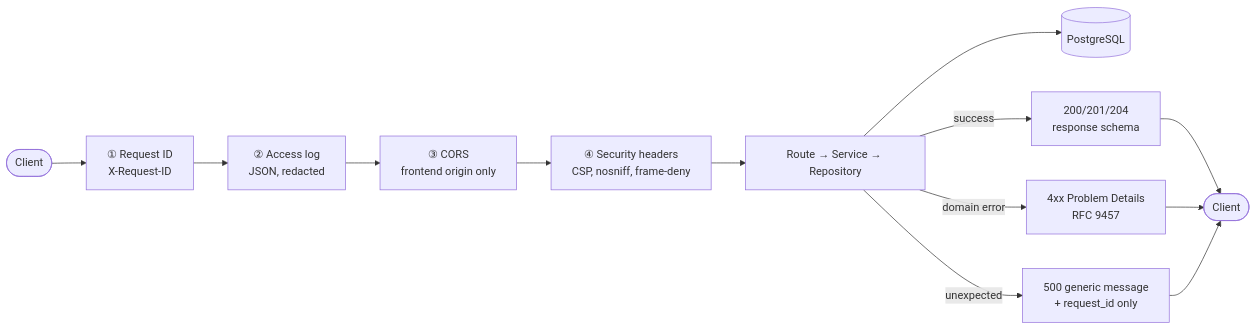
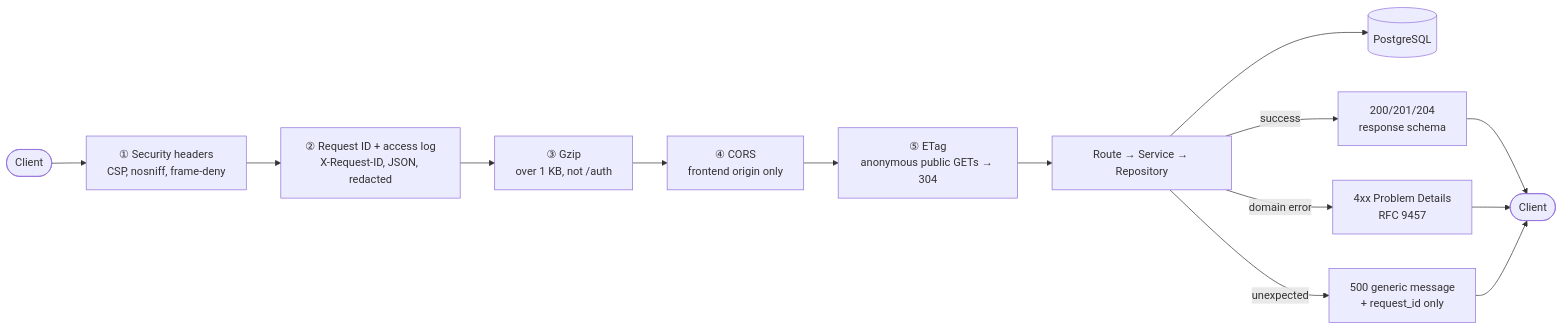
The third of 16 diagrams in docs/architecture.md (mr-laboratory/nebula), drawn with Mermaid before and after one commit. The commit also changed other lines of this file and 4 other files, not shown here.

````diff
--- a/docs/architecture.md
+++ b/docs/architecture.md
@@ -37,8 +37,8 @@
 ```mermaid
 flowchart LR
-    C([Client]) --> ID["① Request ID<br/>X-Request-ID"] --> LOG["② Access log<br/>JSON, redacted"] --> CORS["③ CORS<br/>frontend origin only"] --> SH["④ Security headers<br/>CSP, nosniff, frame-deny"] --> RT["Route → Service → Repository"] --> DB[(PostgreSQL)]
+    C([Client]) --> SH["① Security headers<br/>CSP, nosniff, frame-deny"] --> ID["② Request ID + access log<br/>X-Request-ID, JSON, redacted"] --> GZ["③ Gzip<br/>over 1 KB, not /auth"] --> CORS["④ CORS<br/>frontend origin only"] --> ET["⑤ ETag<br/>anonymous public GETs → 304"] --> RT["Route → Service → Repository"] --> DB[(PostgreSQL)]
     RT -->|success| OK["200/201/204<br/>response schema"]
     RT -->|domain error| PD["4xx Problem Details<br/>RFC 9457"]
     RT -->|unexpected| E5["500 generic message<br/>+ request_id only"]
     OK & PD & E5 --> C2([Client])
 ```
````
